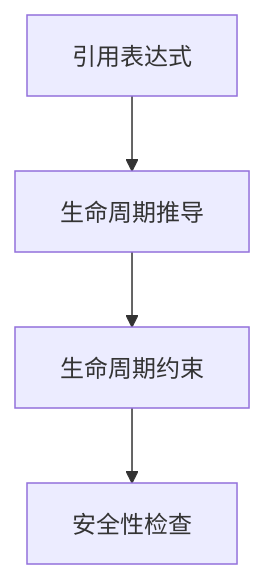
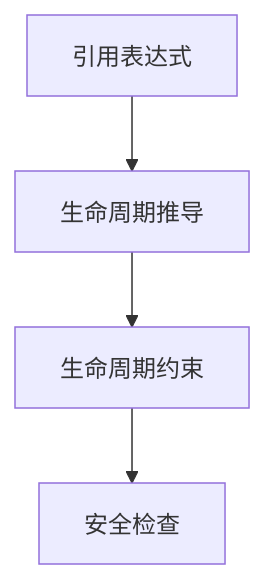
One commit to martin-ly/rust-lang changed the fifth of 5 diagrams in formal_rust/refactor/01_core_theory/02_type_system/01_type_theory_foundations.md. Above: the diagram before and after it, drawn with Mermaid. The commit also changed other lines of this file and 5740 other files, not shown here.

````diff
--- a/formal_rust/refactor/01_core_theory/02_type_system/01_type_theory_foundations.md
+++ b/formal_rust/refactor/01_core_theory/02_type_system/01_type_theory_foundations.md
@@ -481,6 +481,6 @@
 ```mermaid
 graph TD
   A[引用表达式] --> B[生命周期推导]
   B --> C[生命周期约束]
-  C --> D[安全性检查]
+  C --> D[安全检查]
 ```
````
